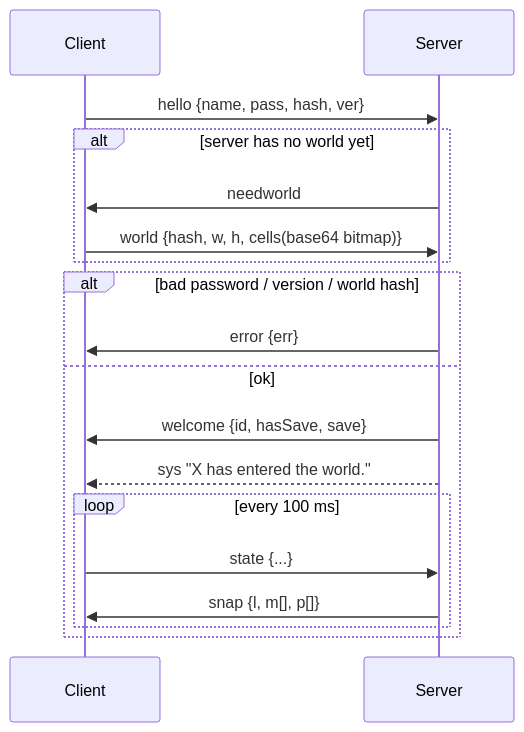
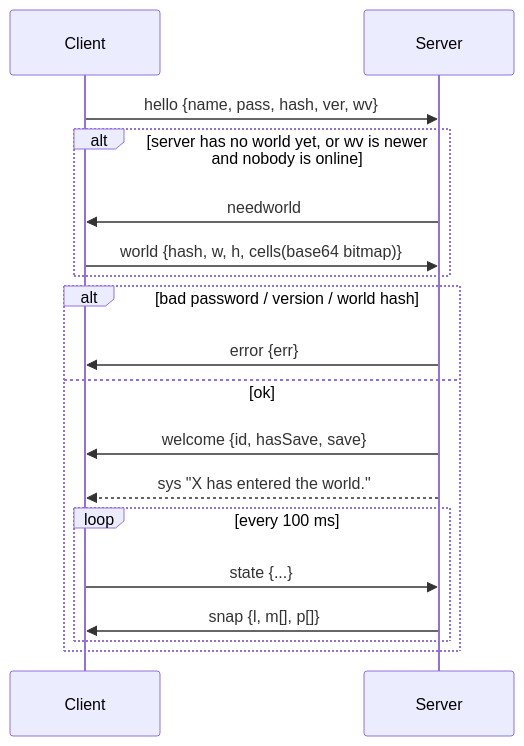
Before and after one commit to Ole-JH/ai-water-meter: the diagram in Shadowfall/docs/architecture/protocol.md, drawn with Mermaid. The commit also changed other lines of this file and 14 other files, not shown here.

````diff
--- a/Shadowfall/docs/architecture/protocol.md
+++ b/Shadowfall/docs/architecture/protocol.md
@@ -9,20 +9,20 @@
 ```mermaid
 sequenceDiagram
   participant C as Client
   participant S as Server
-  C->>S: hello {name, pass, hash, ver}
-  alt server has no world yet
+  C->>S: hello {name, pass, hash, ver, wv}
+  alt server has no world yet, or wv is newer and nobody is online
     S->>C: needworld
     C->>S: world {hash, w, h, cells(base64 bitmap)}
   end
   alt bad password / version / world hash
     S->>C: error {err}
   else ok
     S->>C: welcome {id, hasSave, save}
     S-->>C: sys "X has entered the world."
     loop every 100 ms
       C->>S: state {...}
       S->>C: snap {l, m[], p[]}
     end
   end
 ```
````
